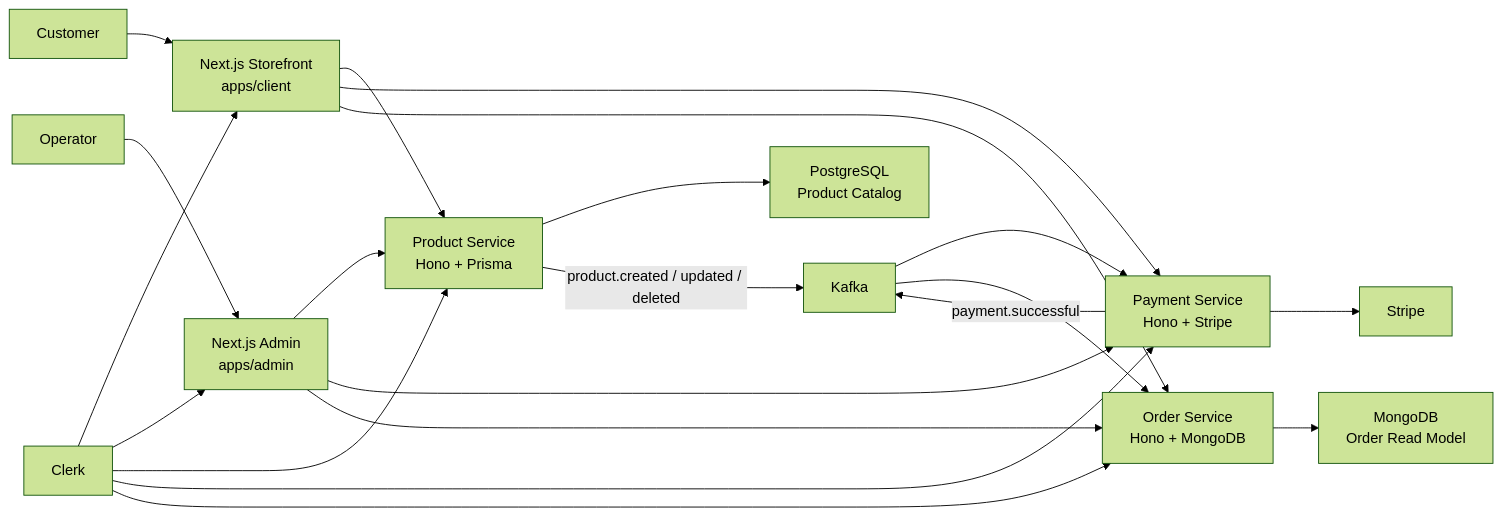
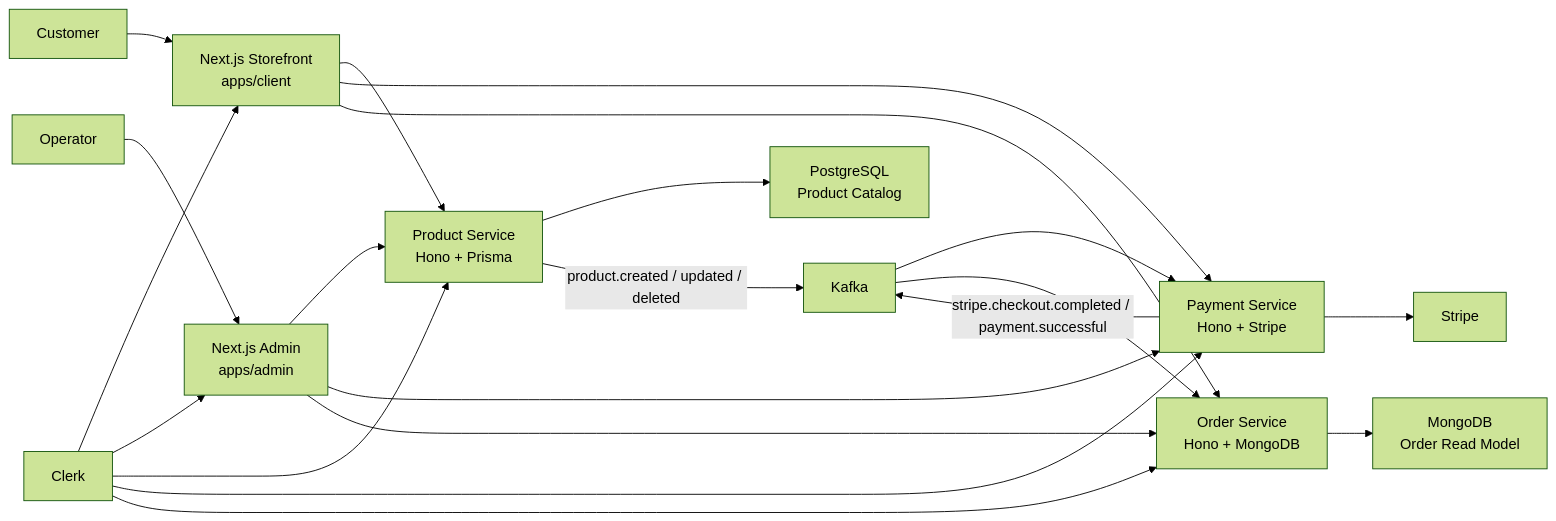
The diagram in README.md (rohanpradev/turborepo-mono), drawn with Mermaid (forest theme) before and after one commit. The commit also changed other lines of this file and 155 other files, not shown here.

First line of the commit message:
Refactor Stripe checkout and webhook architecture

````diff
--- a/README.md
+++ b/README.md
@@ -22,27 +24,27 @@
 ```mermaid
 flowchart LR
   customer["Customer"] --> storefront["Next.js Storefront\napps/client"]
   operator["Operator"] --> admin["Next.js Admin\napps/admin"]
 
   storefront --> product["Product Service\nHono + Prisma"]
   admin --> product
   storefront --> payment["Payment Service\nHono + Stripe"]
   admin --> payment
   storefront --> order["Order Service\nHono + MongoDB"]
   admin --> order
 
   product --> postgres["PostgreSQL\nProduct Catalog"]
   order --> mongo["MongoDB\nOrder Read Model"]
 
   product -- "product.created / updated / deleted" --> kafka["Kafka"]
   kafka --> payment
-  payment -- "payment.successful" --> kafka
+  payment -- "stripe.checkout.completed / payment.successful" --> kafka
   kafka --> order
   payment --> stripe["Stripe"]
 
   clerk["Clerk"] --> storefront
   clerk --> admin
   clerk --> product
   clerk --> payment
   clerk --> order
 ```
````
